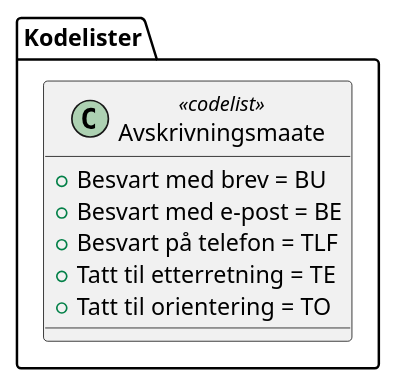
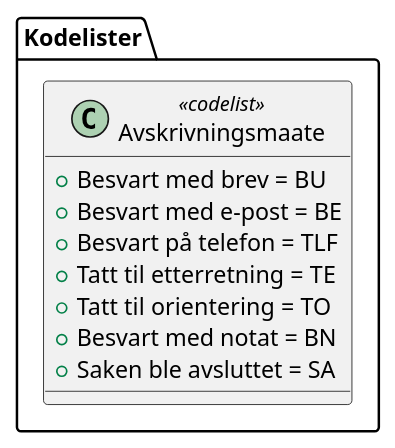
The diagram in kapitler/media/uml-codelist-avskrivningsmaate.iuml (arkivverket/noark5-tjenestegrensesnitt-standard), drawn with PlantUML before and after one commit. The commit also changed 4 other files, not shown here.

```diff
--- a/kapitler/media/uml-codelist-avskrivningsmaate.iuml
+++ b/kapitler/media/uml-codelist-avskrivningsmaate.iuml
@@ -1,9 +1,11 @@
 @startuml
 class Kodelister.Avskrivningsmaate <<codelist>> {
   +Besvart med brev = BU
   +Besvart med e-post = BE
   +Besvart på telefon = TLF
   +Tatt til etterretning = TE
   +Tatt til orientering = TO
+  +Besvart med notat = BN
+  +Saken ble avsluttet = SA
 }
 @enduml
```
